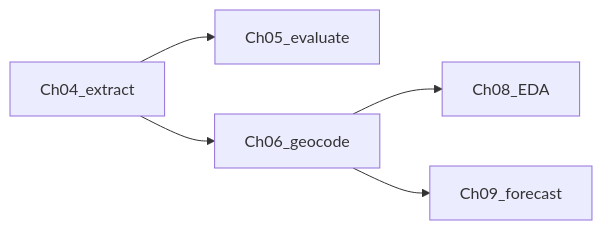
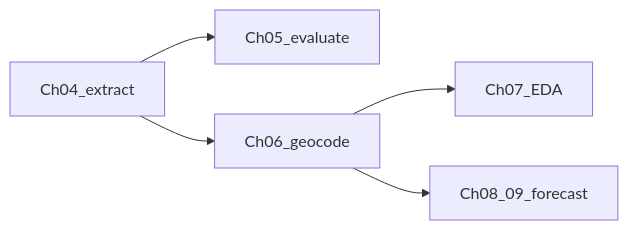
Before and after one commit to vandenHoeven/Impact-Based-Drought-Forecasting-in-the-Netherlands-Using-LLM-Extracted-News-Data: the diagram in README.md, drawn with Mermaid. The commit also changed other lines of this file and 1194 other files, not shown here.

````diff
--- a/README.md
+++ b/README.md
@@ -22,7 +22,7 @@
 ```mermaid
 flowchart LR
   ch04[Ch04_extract] --> ch05[Ch05_evaluate]
   ch04 --> ch06[Ch06_geocode]
-  ch06 --> ch08[Ch08_EDA]
-  ch06 --> ch09[Ch09_forecast]
+  ch06 --> ch07[Ch07_EDA]
+  ch06 --> ch0809[Ch08_09_forecast]
 ```
````
